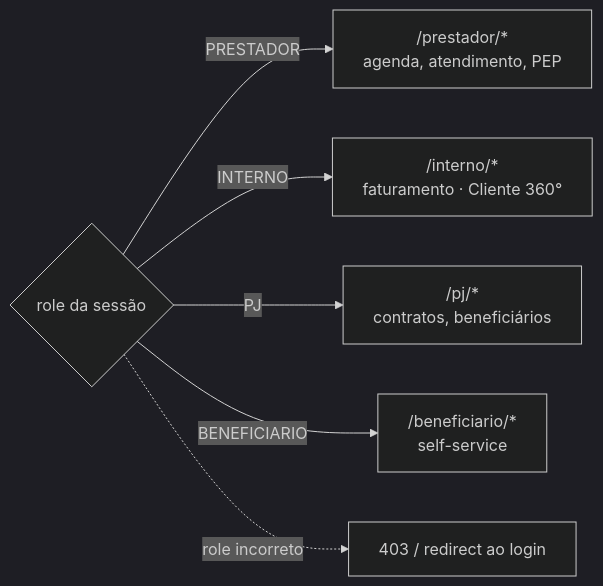
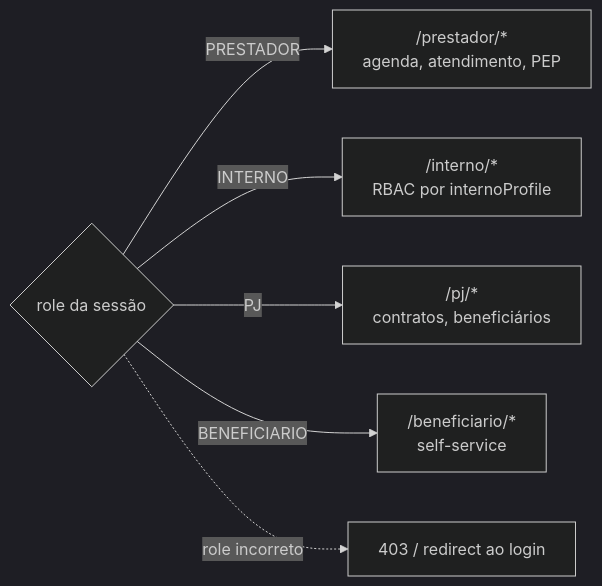
The fourth of 11 diagrams in docs/ARQUITETURA.md (Piulres/sistema-bibi), drawn with Mermaid (dark theme) before and after one commit. The commit also changed other lines of this file and 11 other files, not shown here.

````diff
--- a/docs/ARQUITETURA.md
+++ b/docs/ARQUITETURA.md
@@ -212,9 +253,9 @@
 ```mermaid
 flowchart LR
   R{role da sessão}
   R -->|PRESTADOR| A["/prestador/*<br/>agenda, atendimento, PEP"]
-  R -->|INTERNO| B["/interno/*<br/>faturamento · Cliente 360°"]
+  R -->|INTERNO| B["/interno/*<br/>RBAC por internoProfile"]
   R -->|PJ| C["/pj/*<br/>contratos, beneficiários"]
   R -->|BENEFICIARIO| E["/beneficiario/*<br/>self-service"]
   R -.->|role incorreto| D["403 / redirect ao login"]
 ```
````
